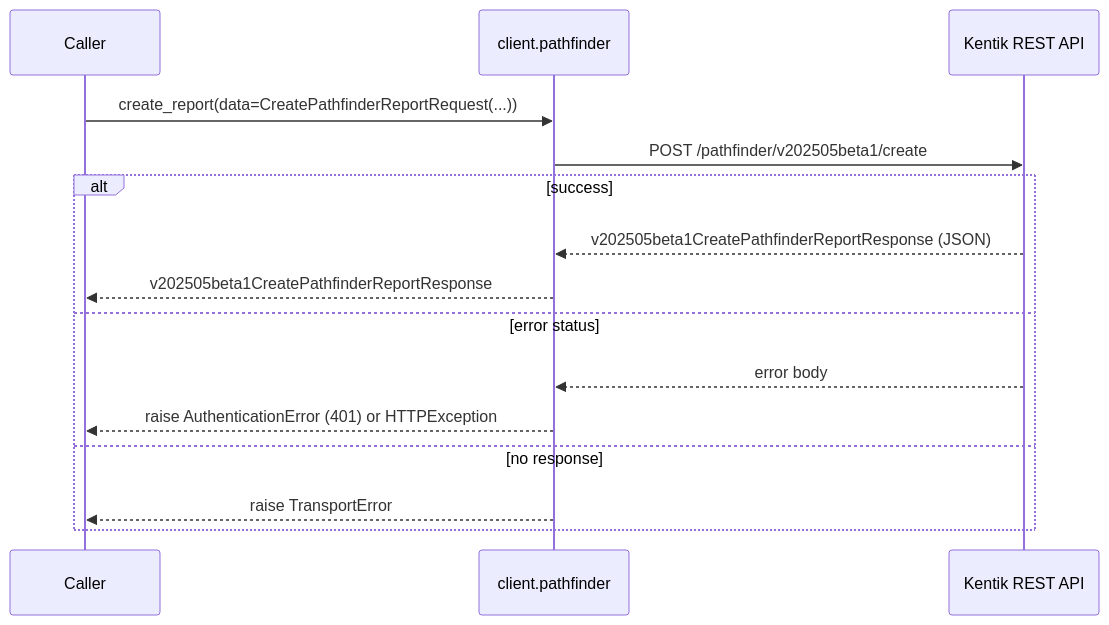
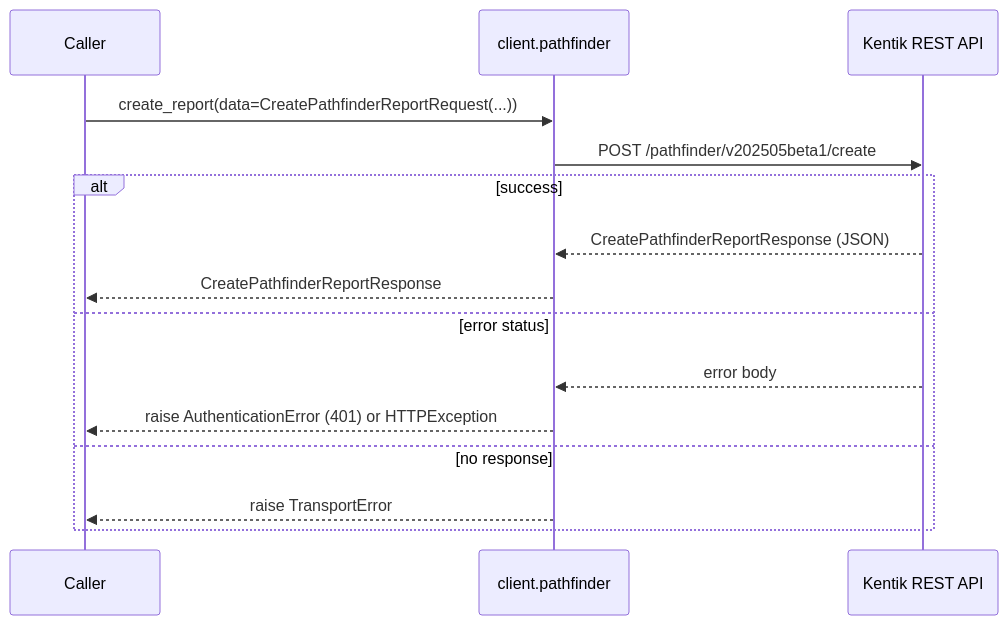
Before and after one commit to alexdearaujo/community_sdk_python: the second of 4 diagrams in docs/sphinx/services/pathfinder.md, drawn with Mermaid. The commit also changed other lines of this file and 38 other files, not shown here.

````diff
--- a/docs/sphinx/services/pathfinder.md
+++ b/docs/sphinx/services/pathfinder.md
@@ -38,18 +38,18 @@
 ```mermaid
 sequenceDiagram
     participant C as Caller
     participant W as client.pathfinder
     participant API as Kentik REST API
 
     C->>W: create_report(data=CreatePathfinderReportRequest(...))
     W->>API: POST /pathfinder/v202505beta1/create
     alt success
-        API-->>W: v202505beta1CreatePathfinderReportResponse (JSON)
-        W-->>C: v202505beta1CreatePathfinderReportResponse
+        API-->>W: CreatePathfinderReportResponse (JSON)
+        W-->>C: CreatePathfinderReportResponse
     else error status
         API-->>W: error body
         W-->>C: raise AuthenticationError (401) or HTTPException
     else no response
         W-->>C: raise TransportError
     end
 ```
````
